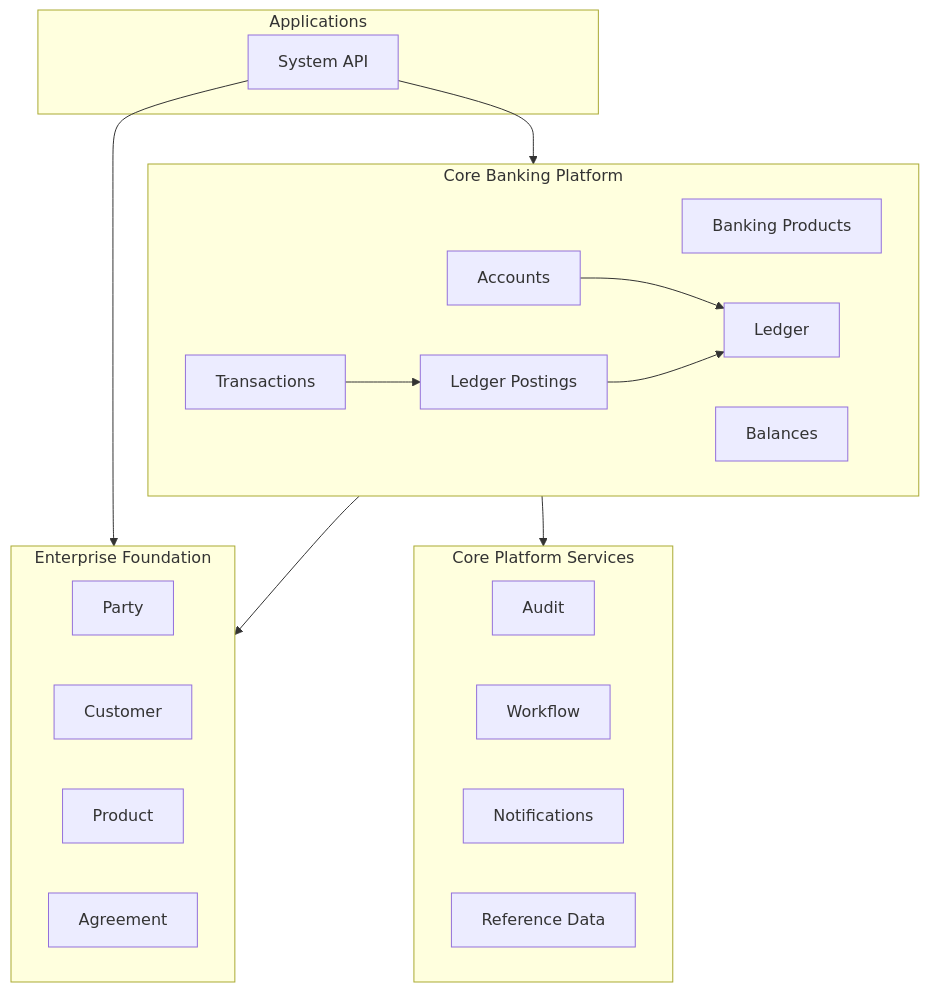
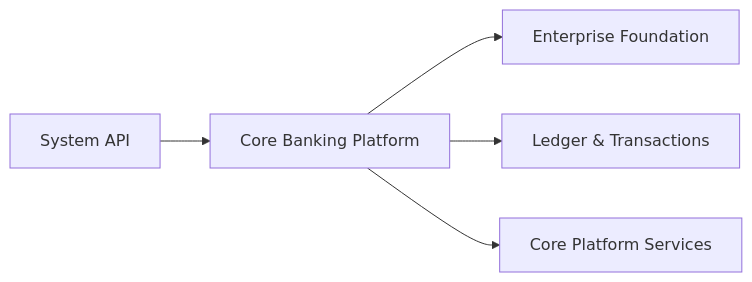
One commit to VishChandran/epos changed the fourth of 8 diagrams in docs/architecture/software-architecture.md. Above: the diagram before and after it, drawn with Mermaid. The commit also changed other lines of this file, not shown here.

Commit message:
docs(architecture): simplify interim architecture diagrams

````diff
--- a/docs/architecture/software-architecture.md
+++ b/docs/architecture/software-architecture.md
@@ -160,38 +121,13 @@
 ```mermaid
-flowchart TB
+flowchart LR
+    API[System API]
+    CoreBanking[Core Banking Platform]
+    Foundation[Enterprise Foundation]
+    Ledger[Ledger & Transactions]
+    Services[Core Platform Services]
 
-subgraph Applications
-    SystemAPI[System API]
-end
-
-subgraph EnterpriseFoundation[Enterprise Foundation]
-    Party[Party]
-    Customer[Customer]
-    Product[Product]
-    Agreement[Agreement]
-end
-
-subgraph CoreBanking[Core Banking Platform]
-    BankingProducts[Banking Products]
-    Accounts[Accounts]
-    Ledger[Ledger]
-    Balances[Balances]
-    Transactions[Transactions]
-    Postings[Ledger Postings]
-end
-
-subgraph CorePlatformServices[Core Platform Services]
-    Audit[Audit]
-    Workflow[Workflow]
-    Notifications[Notifications]
-    ReferenceData[Reference Data]
-end
-
-SystemAPI --> EnterpriseFoundation
-SystemAPI --> CoreBanking
-CoreBanking --> EnterpriseFoundation
-CoreBanking --> CorePlatformServices
-Accounts --> Ledger
-Transactions --> Postings
-Postings --> Ledger
+    API --> CoreBanking
+    CoreBanking --> Foundation
+    CoreBanking --> Ledger
+    CoreBanking --> Services
 ```
````
